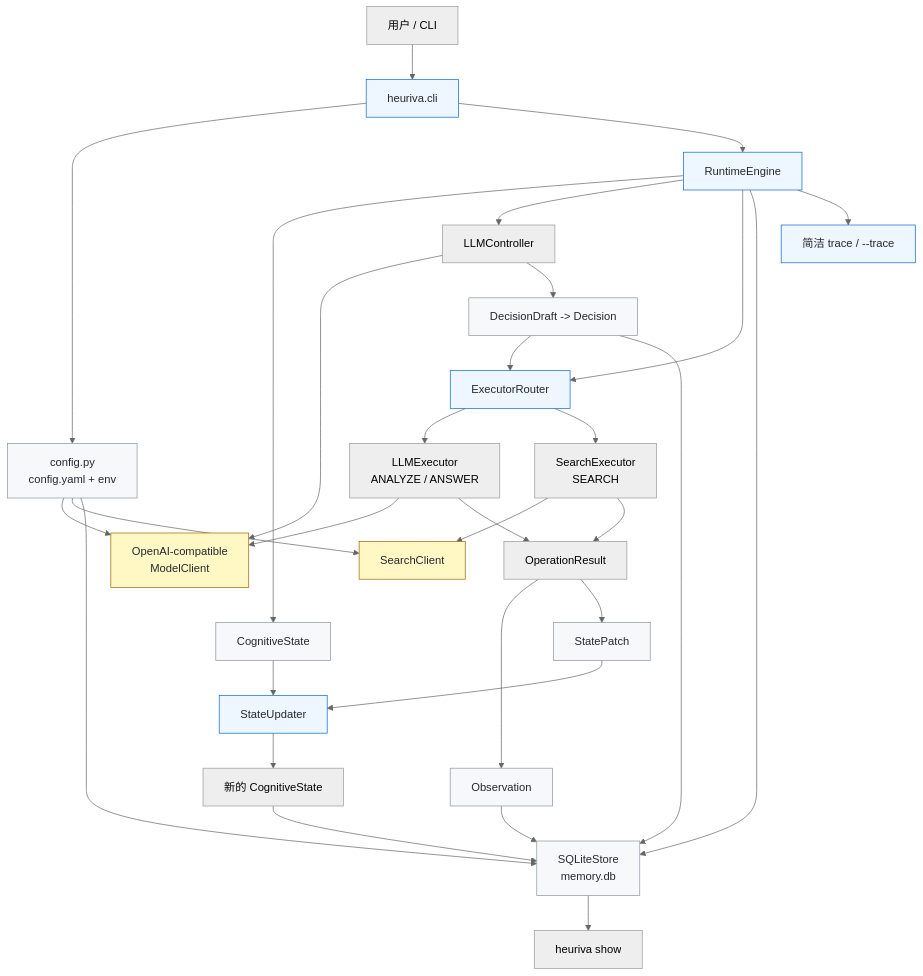
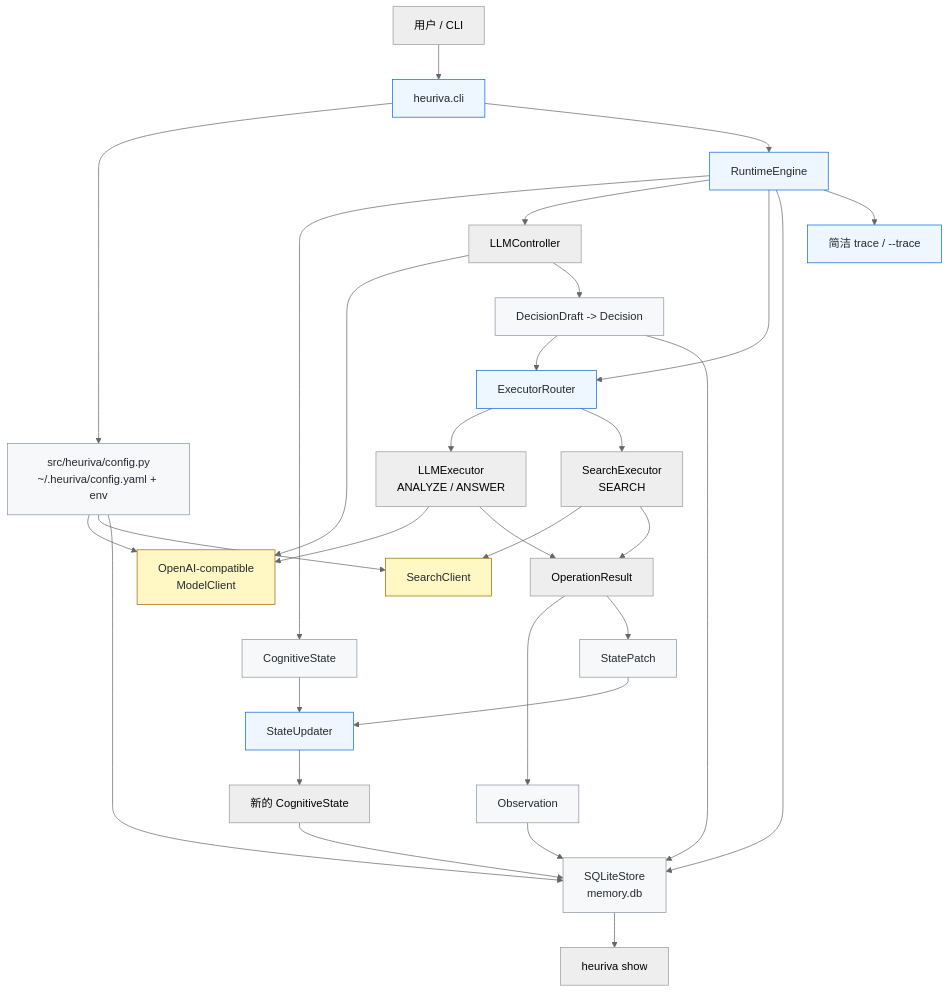
The diagram in README-CN.md (ingeniousfrog/Heuriva), drawn with Mermaid (neutral theme) before and after one commit. The commit also changed 1 other file, not shown here.

Commit message:
Ignore versioned live acceptance checklists locally.
Keep v0.1/v0.2 acceptance notes out of git and clarify the Chinese README config path.

````diff
--- a/README-CN.md
+++ b/README-CN.md
@@ -53,45 +53,45 @@
 ```mermaid
 flowchart TD
     User["用户 / CLI"] --> CLI["heuriva.cli"]
-    CLI --> Config["config.py<br/>config.yaml + env"]
+    CLI --> Config["src/heuriva/config.py<br/>~/.heuriva/config.yaml + env"]
     CLI --> Engine["RuntimeEngine"]
 
     Config --> ModelClient["OpenAI-compatible<br/>ModelClient"]
     Config --> SearchClient["SearchClient"]
     Config --> Store["SQLiteStore<br/>memory.db"]
 
     Engine --> State["CognitiveState"]
     Engine --> Controller["LLMController"]
     Controller --> ModelClient
     Controller --> Decision["DecisionDraft -> Decision"]
 
     Engine --> Router["ExecutorRouter"]
     Decision --> Router
     Router --> LLMExecutor["LLMExecutor<br/>ANALYZE / ANSWER"]
     Router --> SearchExecutor["SearchExecutor<br/>SEARCH"]
 
     LLMExecutor --> ModelClient
     SearchExecutor --> SearchClient
 
     LLMExecutor --> Result["OperationResult"]
     SearchExecutor --> Result
     Result --> Observation["Observation"]
     Result --> Patch["StatePatch"]
     Patch --> Updater["StateUpdater"]
     State --> Updater
     Updater --> NextState["新的 CognitiveState"]
 
     Engine --> Store
     Decision --> Store
     Observation --> Store
     NextState --> Store
     Store --> Show["heuriva show"]
     Engine --> Trace["简洁 trace / --trace"]
 
     classDef boundary fill:#f6f8fa,stroke:#8c959f,color:#24292f;
     classDef runtime fill:#eef6ff,stroke:#0969da,color:#24292f;
     classDef external fill:#fff8c5,stroke:#9a6700,color:#24292f;
     class CLI,Engine,Router,Updater,Trace runtime;
     class ModelClient,SearchClient external;
     class Store,Config,State,Decision,Observation,Patch boundary;
 ```
````
